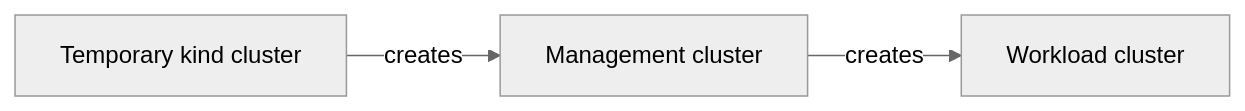
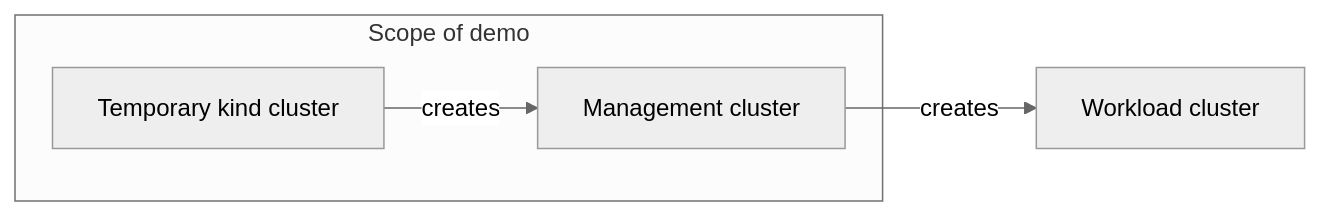
Before and after one commit to nicholasdille/container-slides: the third of 7 diagrams in 120_kubernetes/cluster-api/slides.md, drawn with Mermaid (neutral theme). The commit also changed other lines of this file and 4 other files, not shown here.

````diff
--- a/120_kubernetes/cluster-api/slides.md
+++ b/120_kubernetes/cluster-api/slides.md
@@ -195,5 +199,8 @@
 ```mermaid
 flowchart LR
-    T["Temporary kind cluster"] -->|"creates"| M["Management cluster"]
+    subgraph Demo[Scope of demo]
+        T["Temporary kind cluster"] -->|"creates"| M["Management cluster"]
+    end
+    
     M -->|"creates"| W["Workload cluster"]
 ```
````
